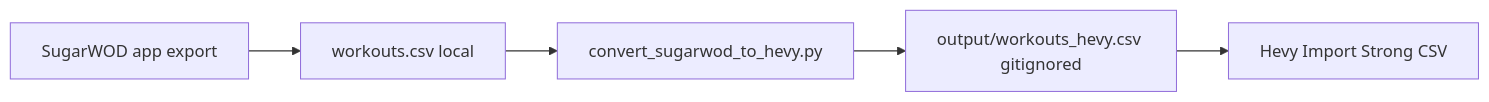
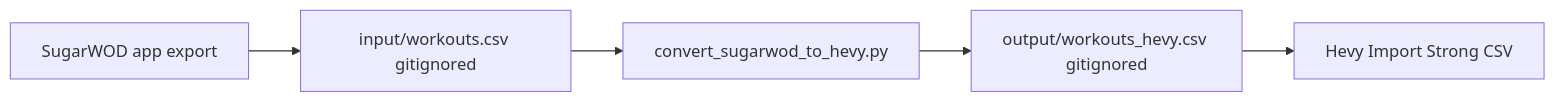
The diagram in README.md (smyrick/sugarwod-to-hevy), drawn with Mermaid before and after one commit. The commit also changed other lines of this file and 8 other files, not shown here.

````diff
--- a/README.md
+++ b/README.md
@@ -5,7 +5,7 @@
 ```mermaid
 flowchart LR
-  sugarwod["SugarWOD app export"] --> csvIn["workouts.csv local"]
+  sugarwod["SugarWOD app export"] --> csvIn["input/workouts.csv gitignored"]
   csvIn --> script["convert_sugarwod_to_hevy.py"]
   script --> csvOut["output/workouts_hevy.csv gitignored"]
   csvOut --> hevy["Hevy Import Strong CSV"]
 ```
````
